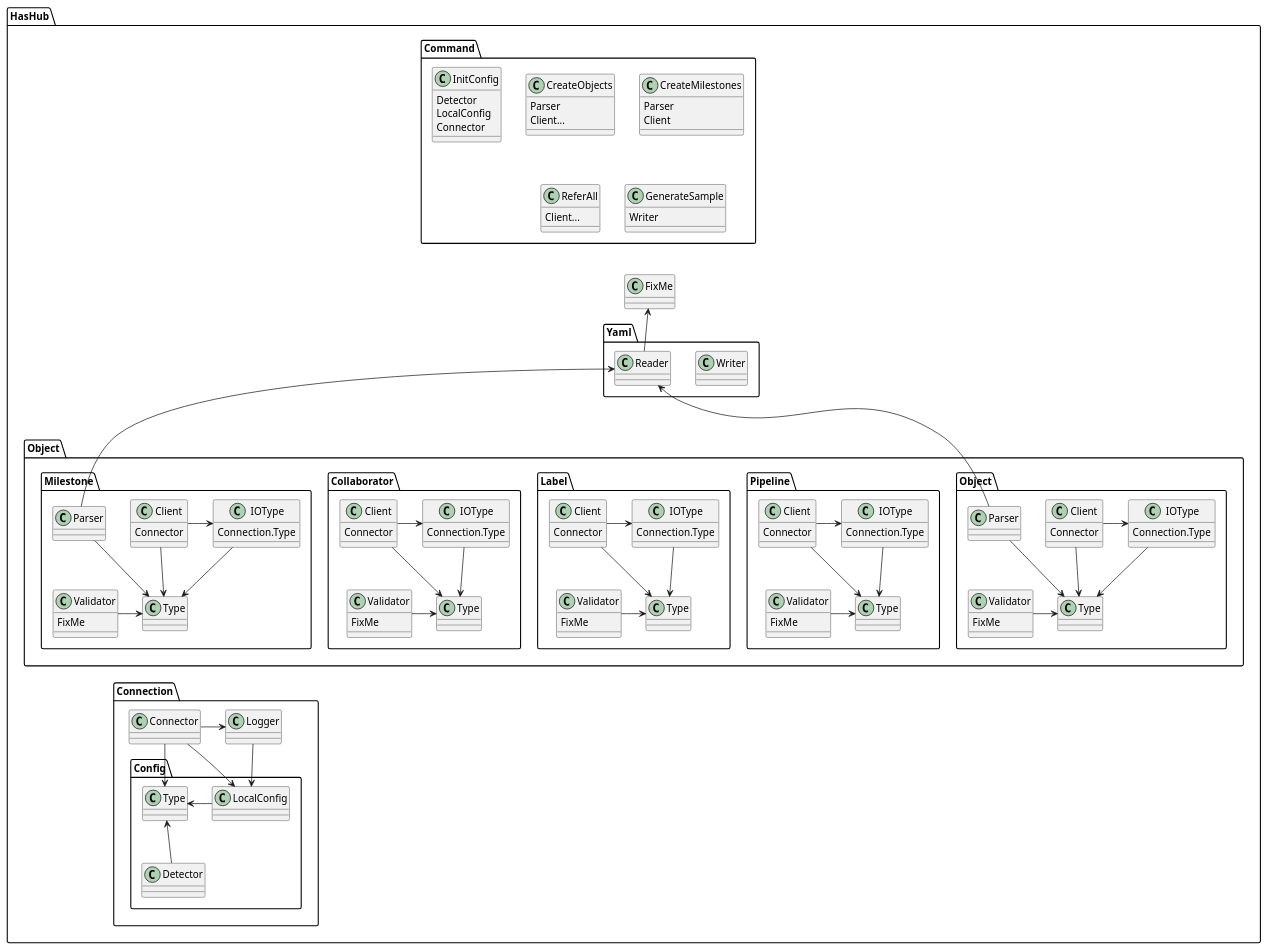
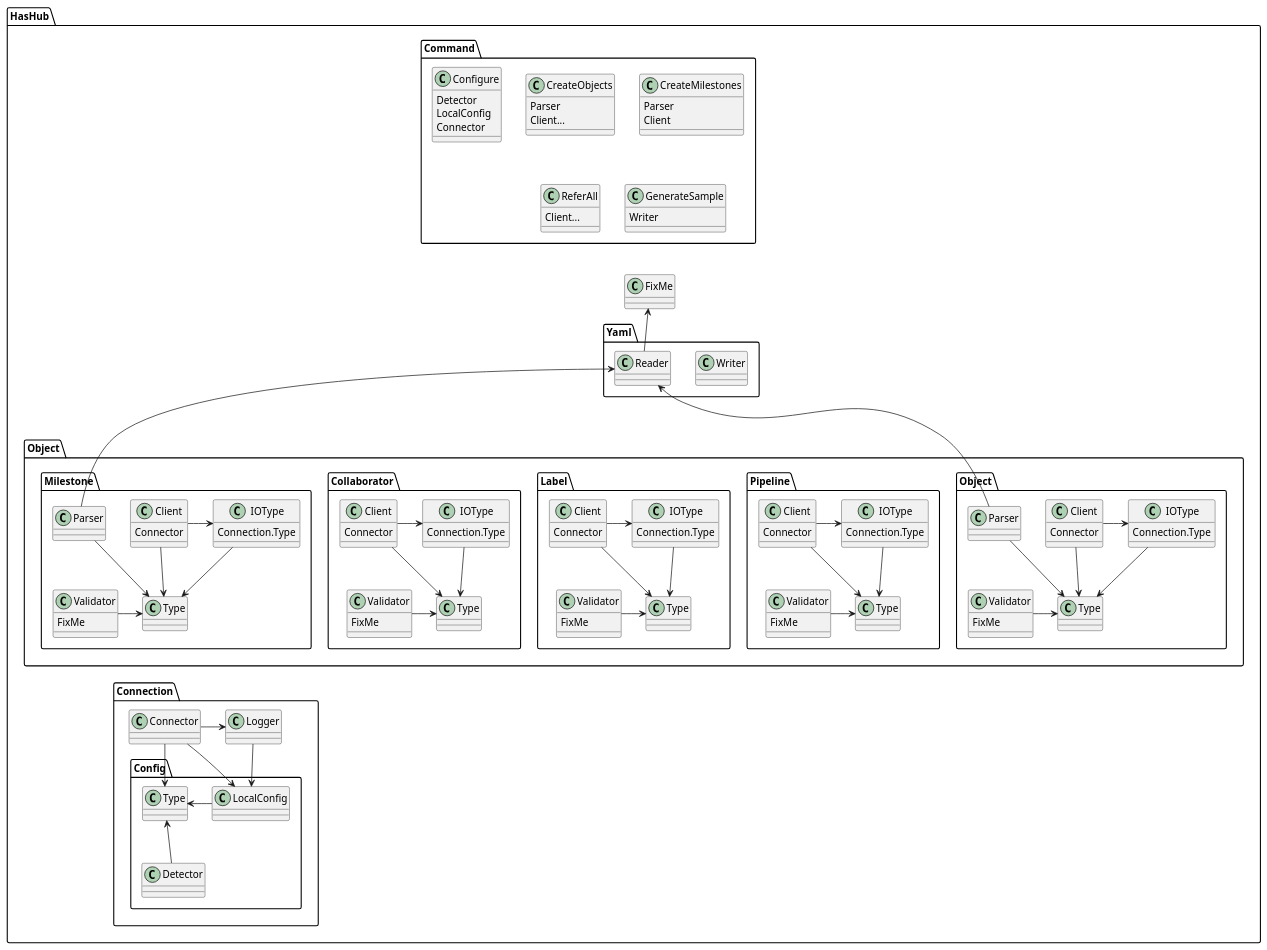
One commit to suzuki-hoge/has-hub changed the diagram in doc/system/module.puml. Above: the diagram before and after it, drawn with PlantUML. The commit also changed 5 other files, not shown here.

```diff
--- a/doc/system/module.puml
+++ b/doc/system/module.puml
@@ -1,147 +1,147 @@
 @startuml
 
 namespace HasHub {
   namespace Command {
-    class InitConfig {
+    class Configure {
       Detector
       LocalConfig
       Connector
     }
     class CreateObjects {
       Parser
       Client...
     }
     class CreateMilestones {
       Parser
       Client
     }
     class ReferAll {
       Client...
     }
     class GenerateSample {
       Writer
     }
     CreateObjects -[hidden]r-> CreateMilestones
     ReferAll -[hidden]r-> GenerateSample
     CreateObjects -[hidden]d-> ReferAll
   }
   namespace Object {
     namespace Object {
       class Validator {
         FixMe
       }
       class Client {
         Connector
       }
       class IOType {
         Connection.Type
       }
       class Type
       class Parser
       Validator -r-> Type
       Client -r-> IOType
       Client --> Type
       IOType --> Type
       Parser -d-> Type
     }
     namespace Pipeline {
       class Validator {
         FixMe
       }
       class Client {
         Connector
       }
       class IOType {
         Connection.Type
       }
       class Type
       Validator -r-> Type
       Client -r-> IOType
       Client --> Type
       IOType --> Type
     }
     namespace Label {
       class Validator {
         FixMe
       }
       class Client {
         Connector
       }
       class IOType {
         Connection.Type
       }
       class Type
       Validator -r-> Type
       Client -r-> IOType
       Client --> Type
       IOType --> Type
     }
     namespace Collaborator {
       class Validator {
         FixMe
       }
       class Client {
         Connector
       }
       class IOType {
         Connection.Type
       }
       class Type
       Validator -r-> Type
       Client -r-> IOType
       Client --> Type
       IOType --> Type
     }
     namespace Milestone {
       class Validator {
         FixMe
       }
       class Client {
         Connector
       }
       class IOType {
         Connection.Type
       }
       class Type
       class Parser
       Validator -r-> Type
       Client -r-> IOType
       Client --> Type
       IOType --> Type
       Parser -d-> Type
     }
   }
   namespace Connection {
     class Connector
     class Logger
     namespace Config {
       class LocalConfig
       class Detector
       class Type
       LocalConfig -l-> Type
       Detector -u-> Type
     }
     HasHub.Connection.Connector -r-> HasHub.Connection.Logger
     HasHub.Connection.Connector --> HasHub.Connection.Config.Type
     HasHub.Connection.Connector --> HasHub.Connection.Config.LocalConfig
     HasHub.Connection.Logger --> HasHub.Connection.Config.LocalConfig
   }
   class FixMe
   namespace Yaml {
     class Reader
     class Writer
   }
 }
 
 HasHub.Command.GenerateSample -[hidden]d-> HasHub.Yaml.Writer
 
 HasHub.Object.Object.Parser -u-> HasHub.Yaml.Reader
 HasHub.Object.Milestone.Parser -u--> HasHub.Yaml.Reader
 
 HasHub.Yaml.Reader -u-> HasHub.FixMe
 
 HasHub.Object.Milestone.Type -[hidden]d-> HasHub.Connection.Connector
 
 HasHub.Command.GenerateSample -[hidden]-> HasHub.FixMe
 
 @enduml
```
